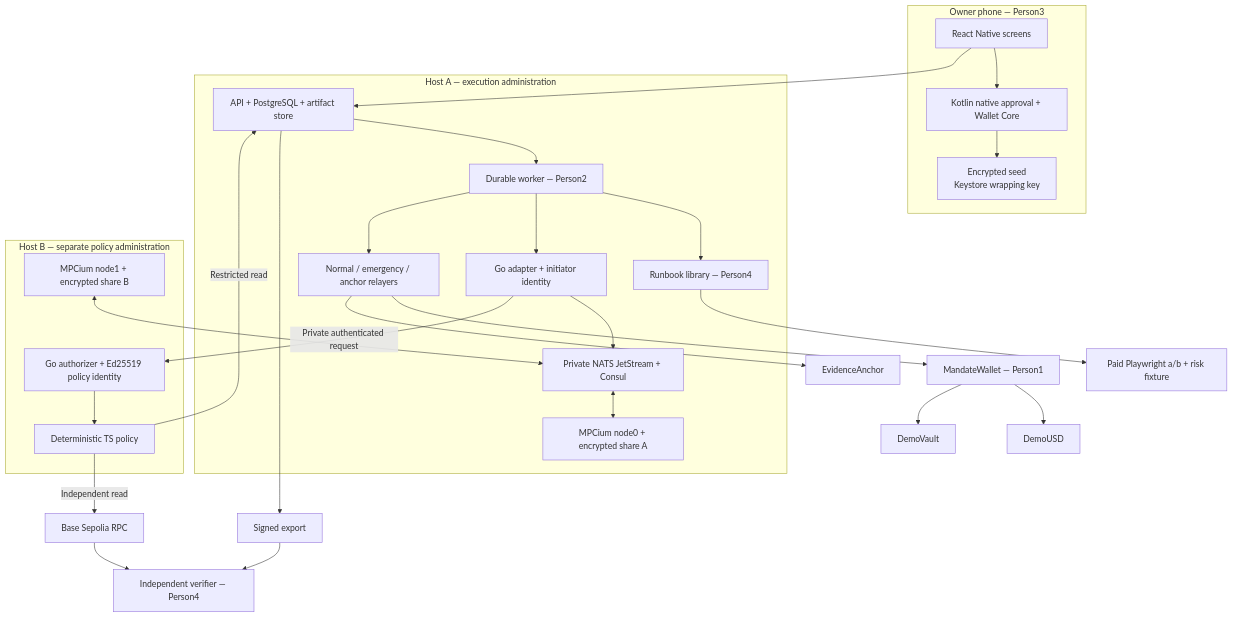
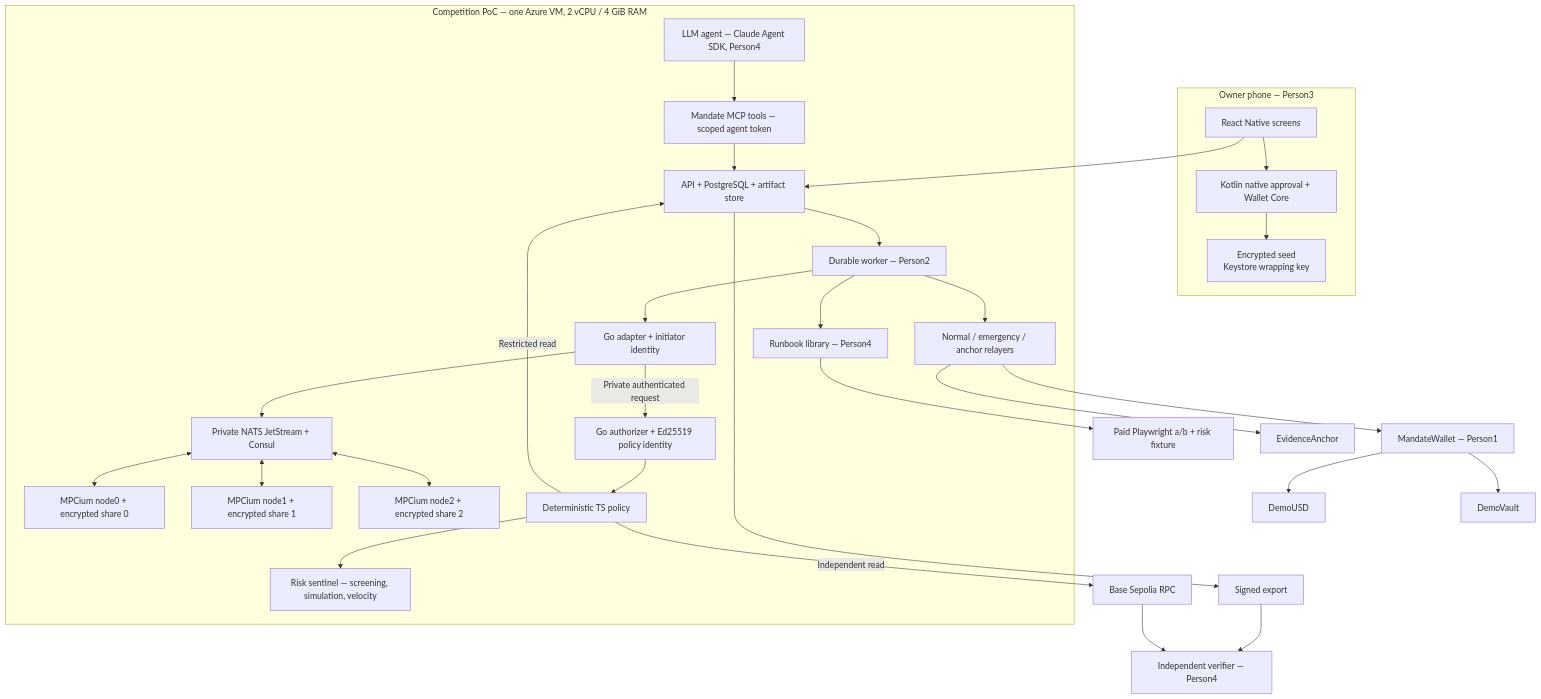
One commit to Safius-Sifat/Fintechathon changed the first of 4 diagrams in architecture.md. Above: the diagram before and after it, drawn with Mermaid. The commit also changed other lines of this file and 21 other files, not shown here.

First line of the commit message:
Plan v7: add LLM agent layer and agent-wallet policy controls

````diff
--- a/architecture.md
+++ b/architecture.md
@@ -17,41 +21,47 @@
 ```mermaid
 flowchart TD
  subgraph Device[Owner phone — Person3]
   RN[React Native screens] --> Native[Kotlin native approval + Wallet Core]
   Native --> Seed[Encrypted seed\nKeystore wrapping key]
  end
- subgraph A[Host A — execution administration]
+ subgraph A[Competition PoC — one Azure VM, 2 vCPU / 4 GiB RAM]
   API[API + PostgreSQL + artifact store]
   Worker[Durable worker — Person2]
   Driver[Runbook library — Person4]
+  AgentRT[LLM agent — Claude Agent SDK, Person4]
+  MCP[Mandate MCP tools — scoped agent token]
+  Sentinel[Risk sentinel — screening, simulation, velocity]
   Adapter[Go adapter + initiator identity]
-  N0[MPCium node0 + encrypted share A]
+  N0[MPCium node0 + encrypted share 0]
+  N1[MPCium node1 + encrypted share 1]
+  N2[MPCium node2 + encrypted share 2]
+  P[Deterministic TS policy]
+  Auth[Go authorizer + Ed25519 policy identity]
+  Auth --> P
   Bus[Private NATS JetStream + Consul]
   Relayer[Normal / emergency / anchor relayers]
   API --> Worker
+  AgentRT --> MCP
+  MCP --> API
   Worker --> Driver
+  P --> Sentinel
   Worker --> Adapter
   Adapter --> Bus
   Bus <--> N0
+  Bus <--> N1
+  Bus <--> N2
   Worker --> Relayer
- end
- subgraph B[Host B — separate policy administration]
-  P[Deterministic TS policy]
-  Auth[Go authorizer + Ed25519 policy identity]
-  N1[MPCium node1 + encrypted share B]
-  Auth --> P
  end
  RN --> API
  Adapter -->|Private authenticated request| Auth
- N1 <--> Bus
- P -->|Independent read| RPC[Base Sepolia RPC]
+  P -->|Independent read| RPC[Base Sepolia RPC]
  P -->|Restricted read| API
  Driver --> Services[Paid Playwright a/b + risk fixture]
  Relayer --> Wallet[MandateWallet — Person1]
  Wallet --> Token[DemoUSD]
  Wallet --> Vault[DemoVault]
  Relayer --> Anchor[EvidenceAnchor]
  API --> Export[Signed export]
  Export --> Verifier[Independent verifier — Person4]
  RPC --> Verifier
 ```
````
